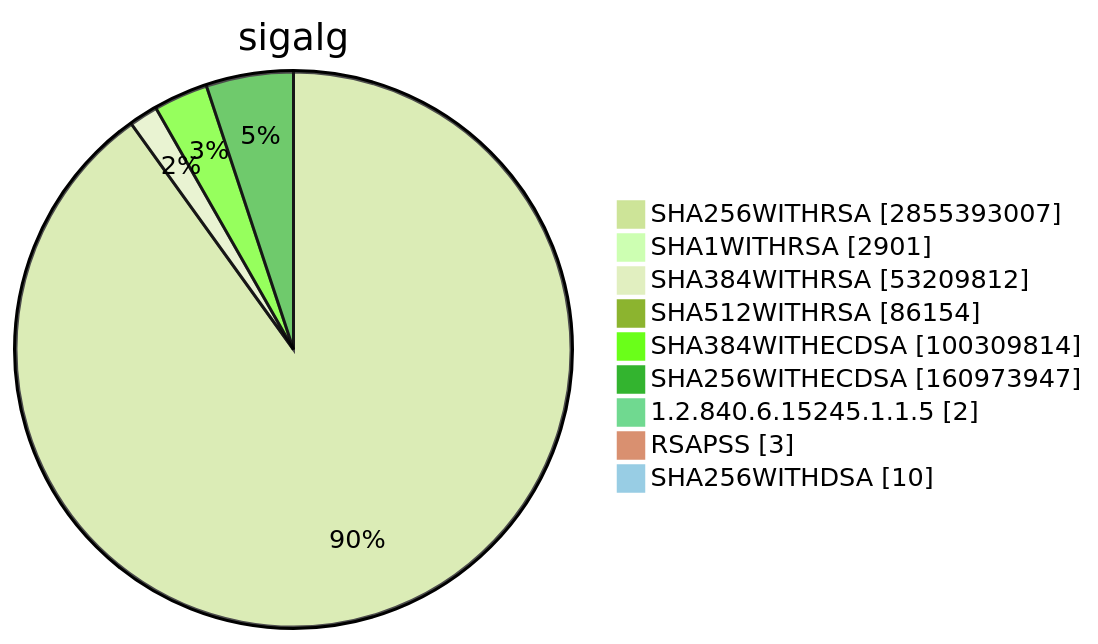
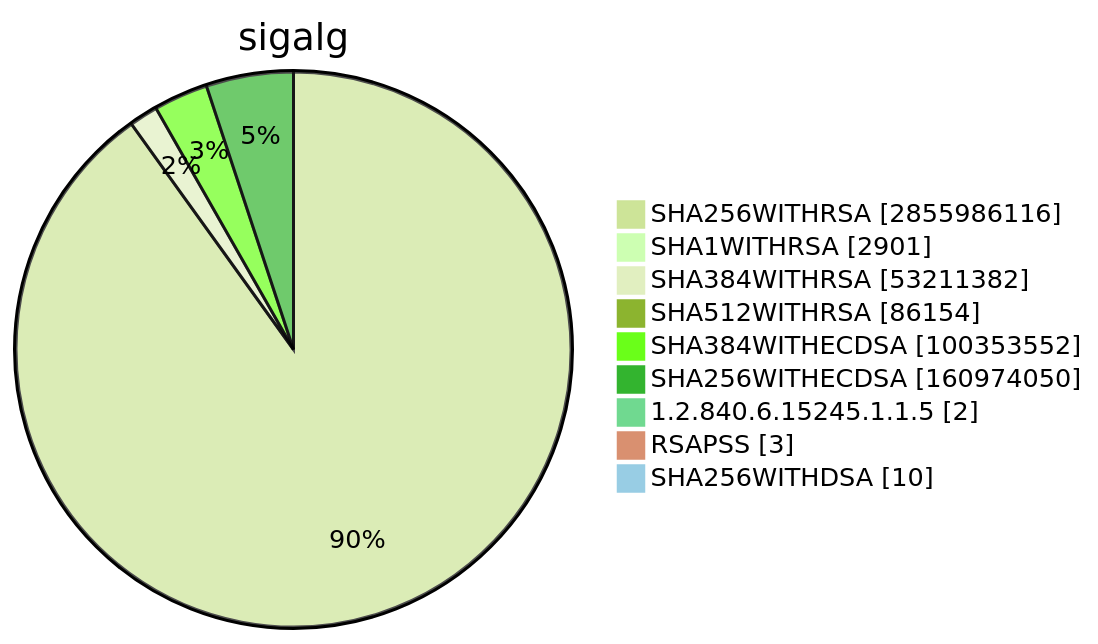
One commit to christiankrug/ctmonitor_visualization changed diagram 15 of 15 in TOTAL/README.md. Above: the diagram before and after it, drawn with Mermaid (forest theme). The commit also changed other lines of this file, not shown here.

````diff
--- a/TOTAL/README.md
+++ b/TOTAL/README.md
@@ -6207,13 +6207,13 @@
 ```mermaid
 pie showData
 title sigalg
-"SHA256WITHRSA" :2855393007
+"SHA256WITHRSA" :2855986116
 "SHA1WITHRSA" :2901
-"SHA384WITHRSA" :53209812
+"SHA384WITHRSA" :53211382
 "SHA512WITHRSA" :86154
-"SHA384WITHECDSA" :100309814
-"SHA256WITHECDSA" :160973947
+"SHA384WITHECDSA" :100353552
+"SHA256WITHECDSA" :160974050
 "1.2.840.6.15245.1.1.5" :2
 "RSAPSS" :3
 "SHA256WITHDSA" :10
 ```
````
